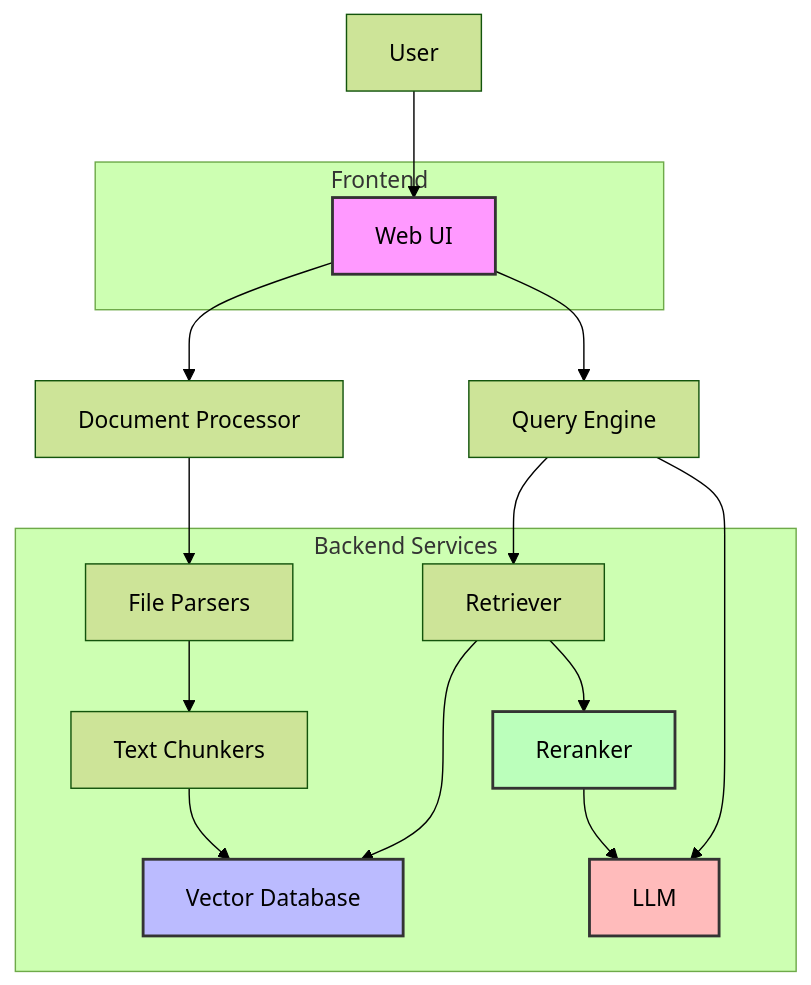
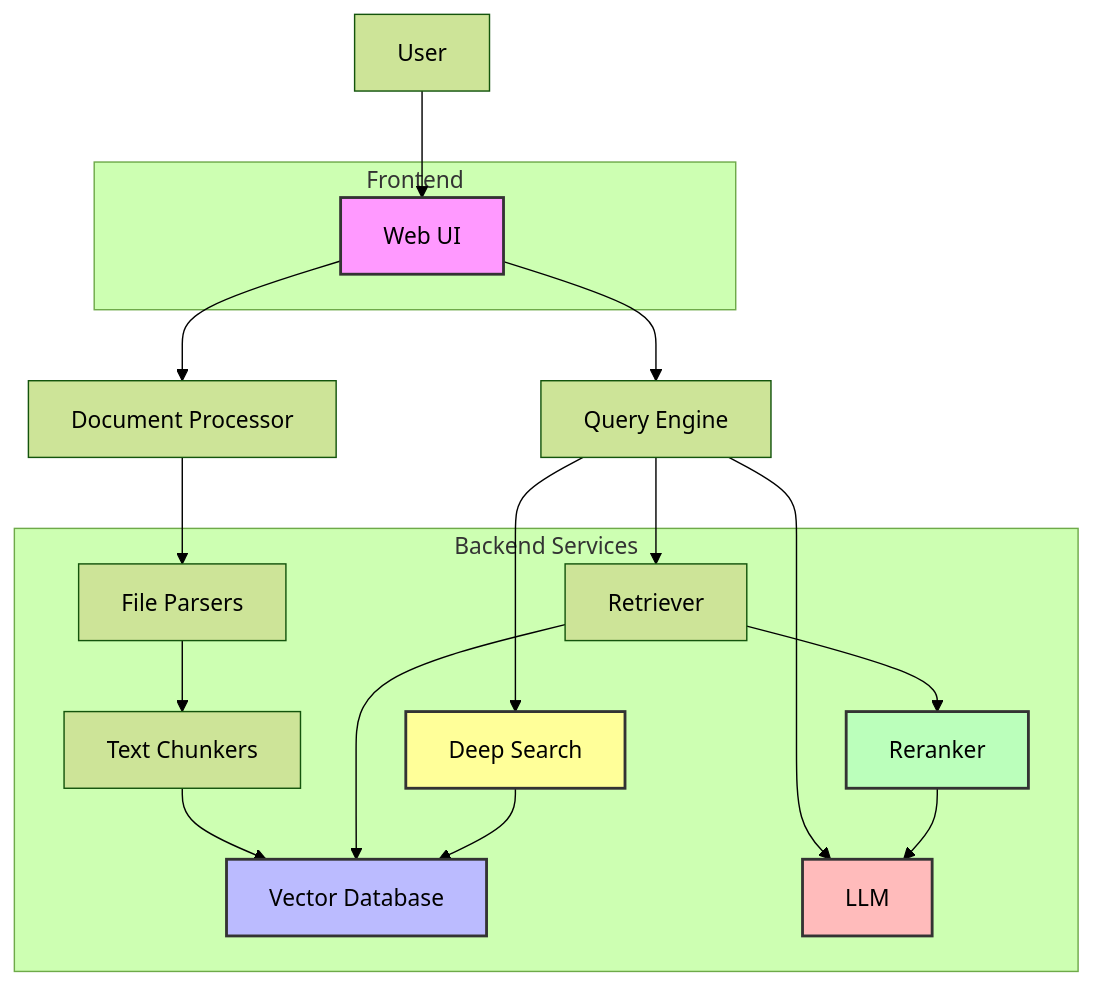
One commit to zuoyifan132/manusRAG changed the first of 2 diagrams in README.md. Above: the diagram before and after it, drawn with Mermaid (forest theme). The commit also changed other lines of this file and 10 other files, not shown here.

Commit message:
add new feature deep search RAG Q&A system and UI support

````diff
--- a/README.md
+++ b/README.md
@@ -11,32 +11,36 @@
 ```mermaid
 graph TD
     User[User] --> WebUI[Web UI]
     WebUI --> DocProcessor[Document Processor]
     WebUI --> QueryEngine[Query Engine]
     DocProcessor --> Parser[File Parsers]
     Parser --> Chunker[Text Chunkers]
     Chunker --> VectorDB[Vector Database]
     QueryEngine --> Retriever[Retriever]
     Retriever --> VectorDB
     Retriever --> Reranker[Reranker]
     QueryEngine --> LLM[LLM]
     Reranker --> LLM
+    QueryEngine --> DeepSearch[Deep Search]
+    DeepSearch --> VectorDB
     
     subgraph "Backend Services"
         Parser
         Chunker
         VectorDB
         Retriever
         Reranker
         LLM
+        DeepSearch
     end
     
     subgraph "Frontend"
         WebUI
     end
     
     style WebUI fill:#f9f,stroke:#333,stroke-width:2px
     style VectorDB fill:#bbf,stroke:#333,stroke-width:2px
     style Reranker fill:#bfb,stroke:#333,stroke-width:2px
     style LLM fill:#fbb,stroke:#333,stroke-width:2px
+    style DeepSearch fill:#ff9,stroke:#333,stroke-width:2px
 ```
````
